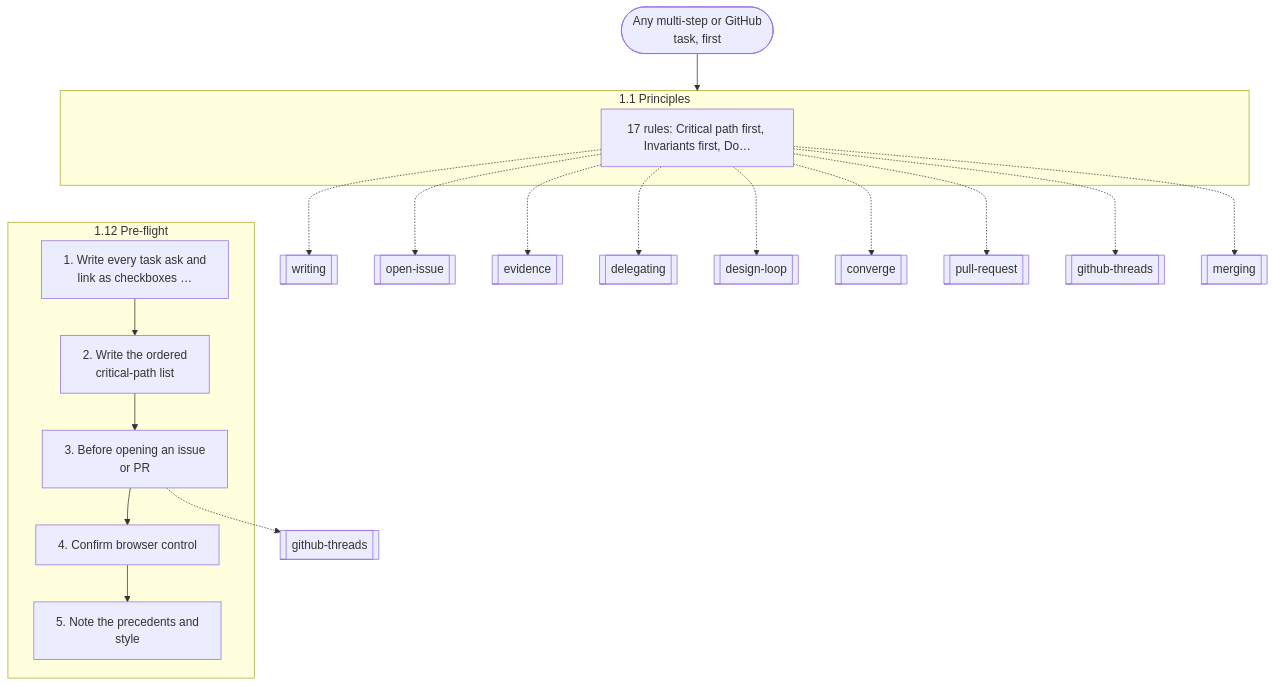
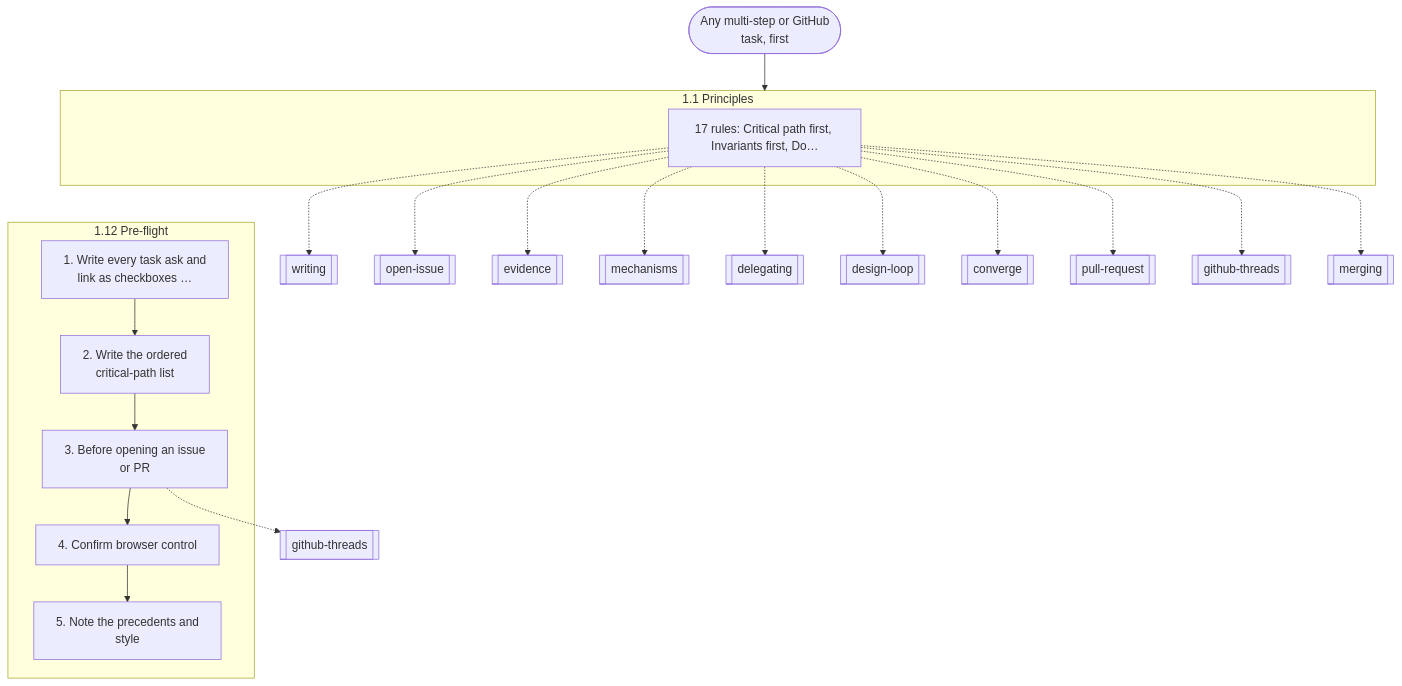
One commit to nitedani-agent/mergeworthy changed the first of 18 diagrams in docs/graphs.md. Above: the diagram before and after it, drawn with Mermaid. The commit also changed other lines of this file and 14 other files, not shown here.

````diff
--- a/docs/graphs.md
+++ b/docs/graphs.md
@@ -33,30 +33,31 @@
 ```mermaid
 flowchart TB
   start(["Any multi-step or GitHub<br/>task, first"])
   subgraph g0["1.1 Principles"]
     s0["17 rules: Critical path first, Invariants first, Do…"]
   end
   s0 -.-> r1[["writing"]]
   s0 -.-> r2[["open-issue"]]
   s0 -.-> r3[["evidence"]]
-  s0 -.-> r4[["delegating"]]
-  s0 -.-> r5[["design-loop"]]
-  s0 -.-> r6[["converge"]]
-  s0 -.-> r7[["pull-request"]]
-  s0 -.-> r8[["github-threads"]]
-  s0 -.-> r9[["merging"]]
+  s0 -.-> r4[["mechanisms"]]
+  s0 -.-> r5[["delegating"]]
+  s0 -.-> r6[["design-loop"]]
+  s0 -.-> r7[["converge"]]
+  s0 -.-> r8[["pull-request"]]
+  s0 -.-> r9[["github-threads"]]
+  s0 -.-> r10[["merging"]]
   subgraph g1["1.12 Pre-flight"]
     s1["1. Write every task ask and<br/>link as checkboxes …"]
     s2["2. Write the ordered<br/>critical-path list"]
     s1 --> s2
     s3["3. Before opening an issue<br/>or PR"]
     s2 --> s3
     s4["4. Confirm browser control"]
     s3 --> s4
     s5["5. Note the precedents and<br/>style"]
     s4 --> s5
   end
-  s3 -.-> r10[["github-threads"]]
+  s3 -.-> r11[["github-threads"]]
   start --> g0
   g0 ~~~ g1
 ```
````
